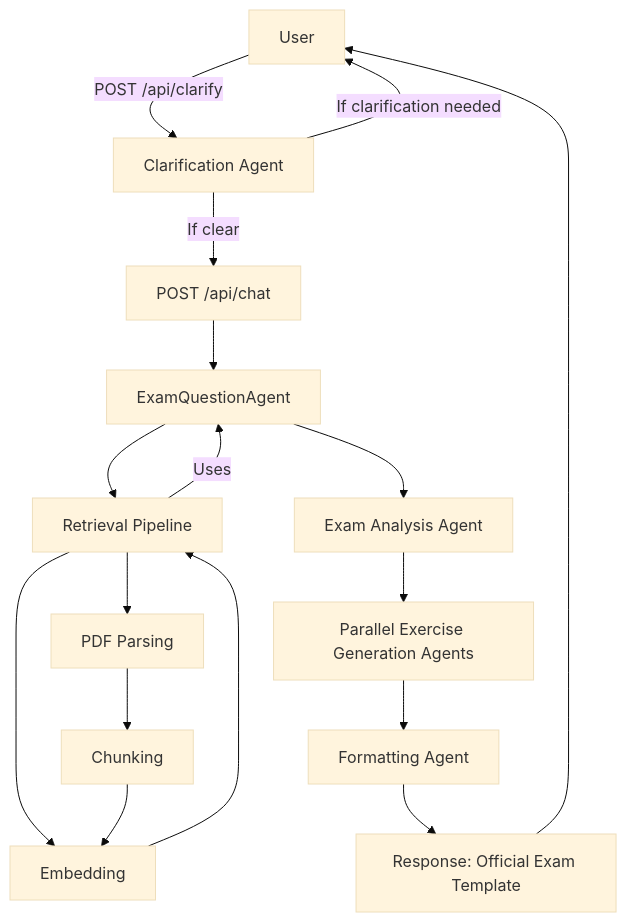
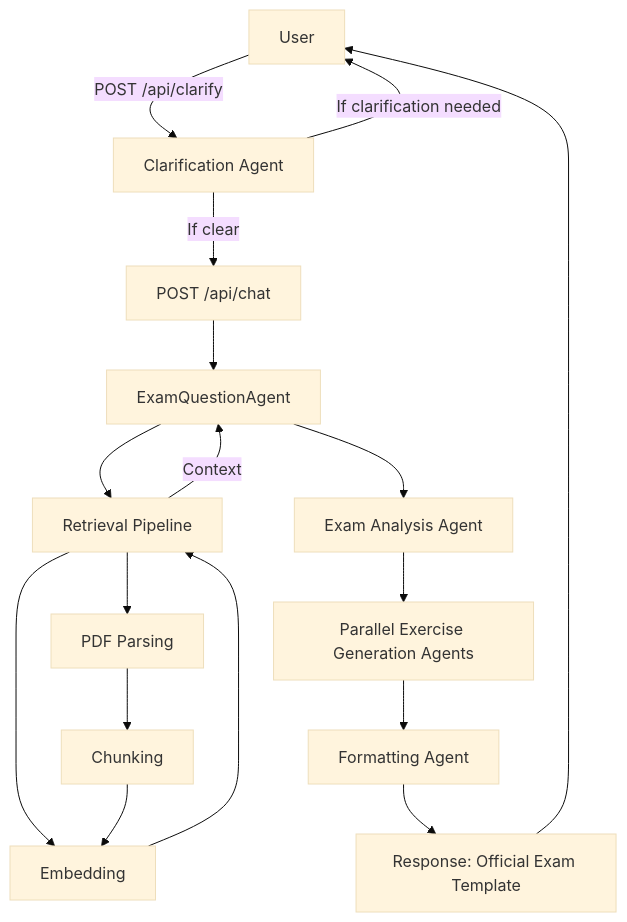
The diagram in README.md (jawadhussein462/EduMindAI-backend), drawn with Mermaid (base theme) before and after one commit.

Commit message:
FEAT: Improve FlowChart

````diff
--- a/README.md
+++ b/README.md
@@ -92,19 +92,19 @@
 ```mermaid
 flowchart TD
     A["User"] -->|"POST /api/clarify"| B["Clarification Agent"]
     B -->|"If clarification needed"| A
     B -->|"If clear"| C["POST /api/chat"]
     C --> D["ExamQuestionAgent"]
     D --> E["Retrieval Pipeline"]
     E --> F["PDF Parsing"]
     F --> G["Chunking"]
     E --> H["Embedding"]
     D --> I["Exam Analysis Agent"]
     I --> J["Parallel Exercise Generation Agents"]
     J --> K["Formatting Agent"]
     K --> L["Response: Official Exam Template"]
     L --> A
     G --> H
     H --> E
-    E -->|"Uses"| D
+    E -->|"Context"| D
 ```
````
